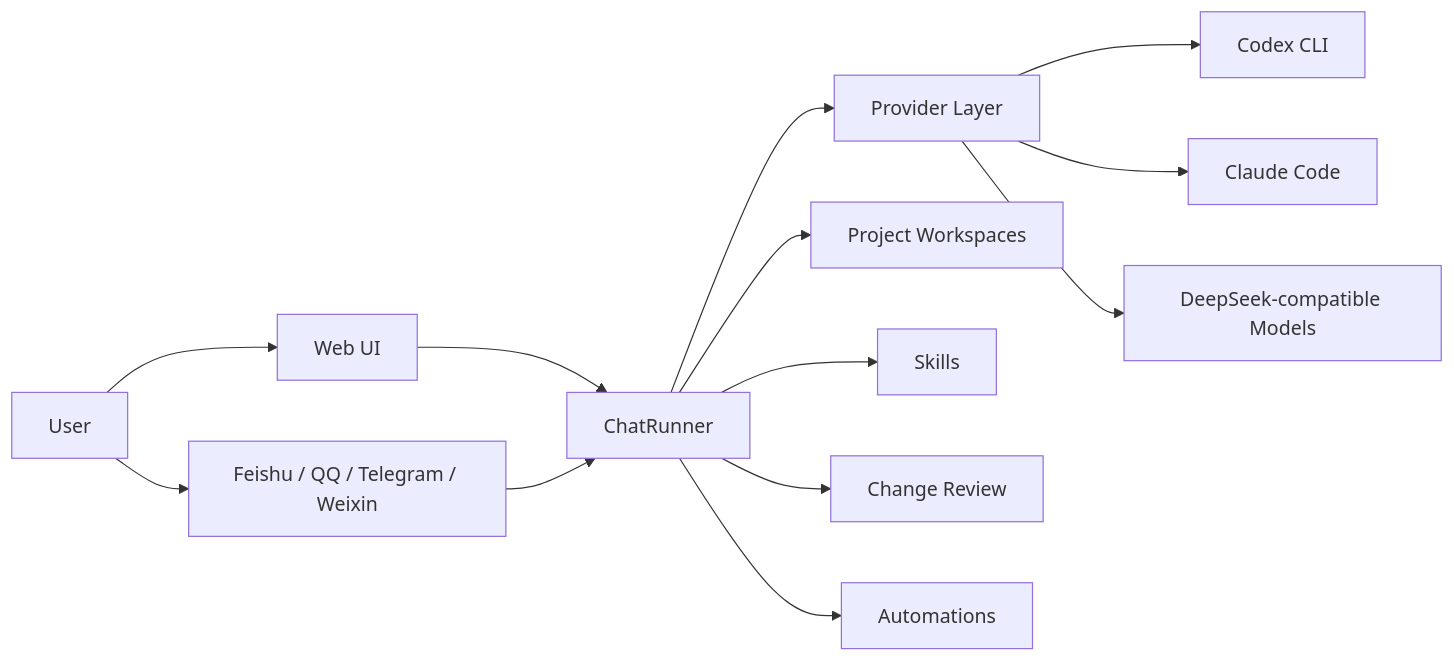
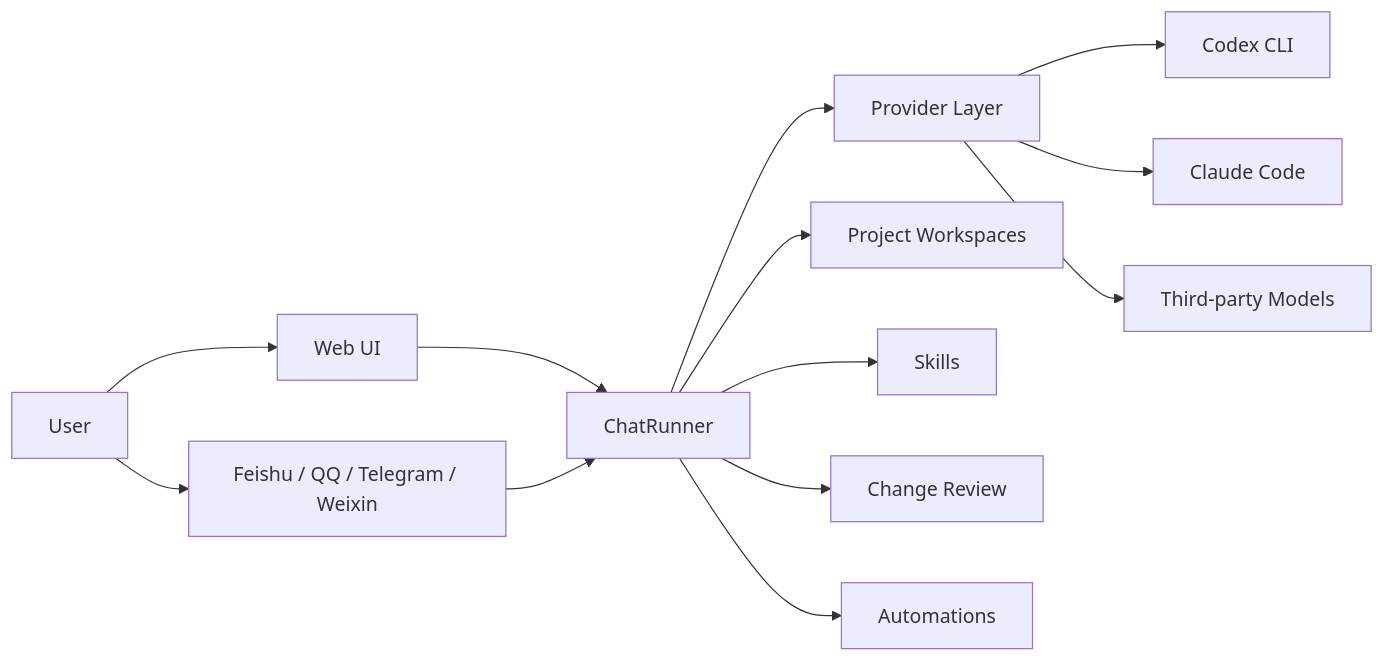
One commit to 1935417243/AnyBot changed the diagram in README_EN.md. Above: the diagram before and after it, drawn with Mermaid. The commit also changed 1 other file, not shown here.

Commit message:
upd: 项目描述修改

````diff
--- a/README_EN.md
+++ b/README_EN.md
@@ -51,15 +51,15 @@
 ```mermaid
 flowchart LR
     User[User] --> WebUI[Web UI]
     User --> Channels[Feishu / QQ / Telegram / Weixin]
     WebUI --> Runner[ChatRunner]
     Channels --> Runner
     Runner --> Providers[Provider Layer]
     Providers --> Codex[Codex CLI]
     Providers --> Claude[Claude Code]
-    Providers --> DeepSeek[DeepSeek-compatible Models]
+    Providers --> ThirdParty[Third-party Models]
     Runner --> Workspace[Project Workspaces]
     Runner --> Skills[Skills]
     Runner --> Review[Change Review]
     Runner --> Automation[Automations]
 ```
````
